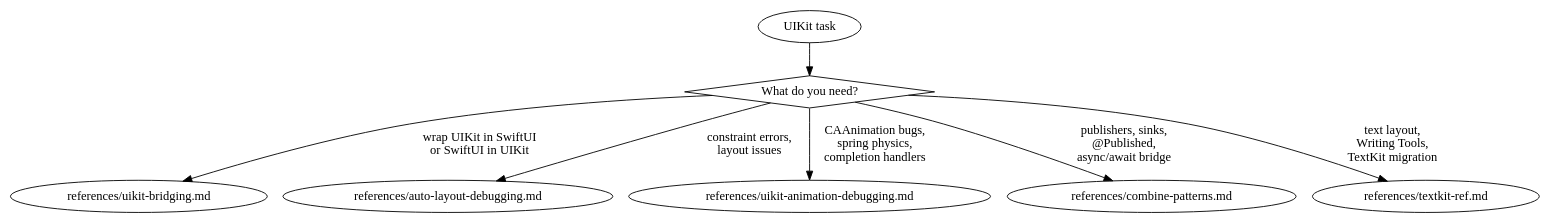
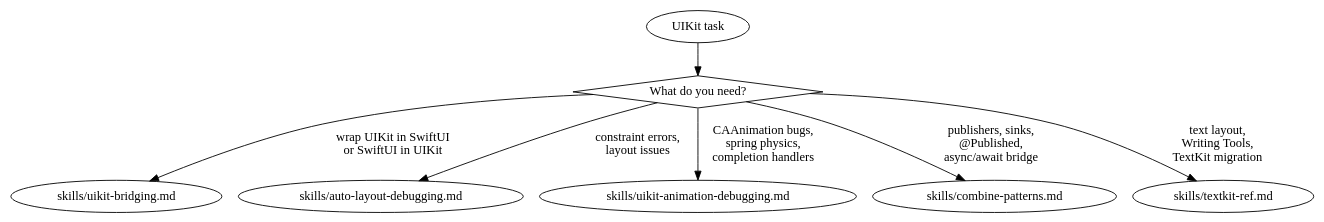
The diagram in .claude-plugin/plugins/axiom/skills/axiom-uikit/SKILL.md (CharlesWiltgen/Axiom), drawn with Graphviz before and after one commit. The commit also changed other lines of this file and 266 other files, not shown here.

First line of the commit message:
refactor(skills): rename references/ to skills/ across all suites

````diff
--- a/.claude-plugin/plugins/axiom/skills/axiom-uikit/SKILL.md
+++ b/.claude-plugin/plugins/axiom/skills/axiom-uikit/SKILL.md
@@ -33,13 +33,13 @@
 ```dot
 digraph uikit {
     start [label="UIKit task" shape=ellipse];
     what [label="What do you need?" shape=diamond];
 
     start -> what;
-    what -> "references/uikit-bridging.md" [label="wrap UIKit in SwiftUI\nor SwiftUI in UIKit"];
-    what -> "references/auto-layout-debugging.md" [label="constraint errors,\nlayout issues"];
-    what -> "references/uikit-animation-debugging.md" [label="CAAnimation bugs,\nspring physics,\ncompletion handlers"];
-    what -> "references/combine-patterns.md" [label="publishers, sinks,\n@Published,\nasync/await bridge"];
-    what -> "references/textkit-ref.md" [label="text layout,\nWriting Tools,\nTextKit migration"];
+    what -> "skills/uikit-bridging.md" [label="wrap UIKit in SwiftUI\nor SwiftUI in UIKit"];
+    what -> "skills/auto-layout-debugging.md" [label="constraint errors,\nlayout issues"];
+    what -> "skills/uikit-animation-debugging.md" [label="CAAnimation bugs,\nspring physics,\ncompletion handlers"];
+    what -> "skills/combine-patterns.md" [label="publishers, sinks,\n@Published,\nasync/await bridge"];
+    what -> "skills/textkit-ref.md" [label="text layout,\nWriting Tools,\nTextKit migration"];
 }
 ```
````
